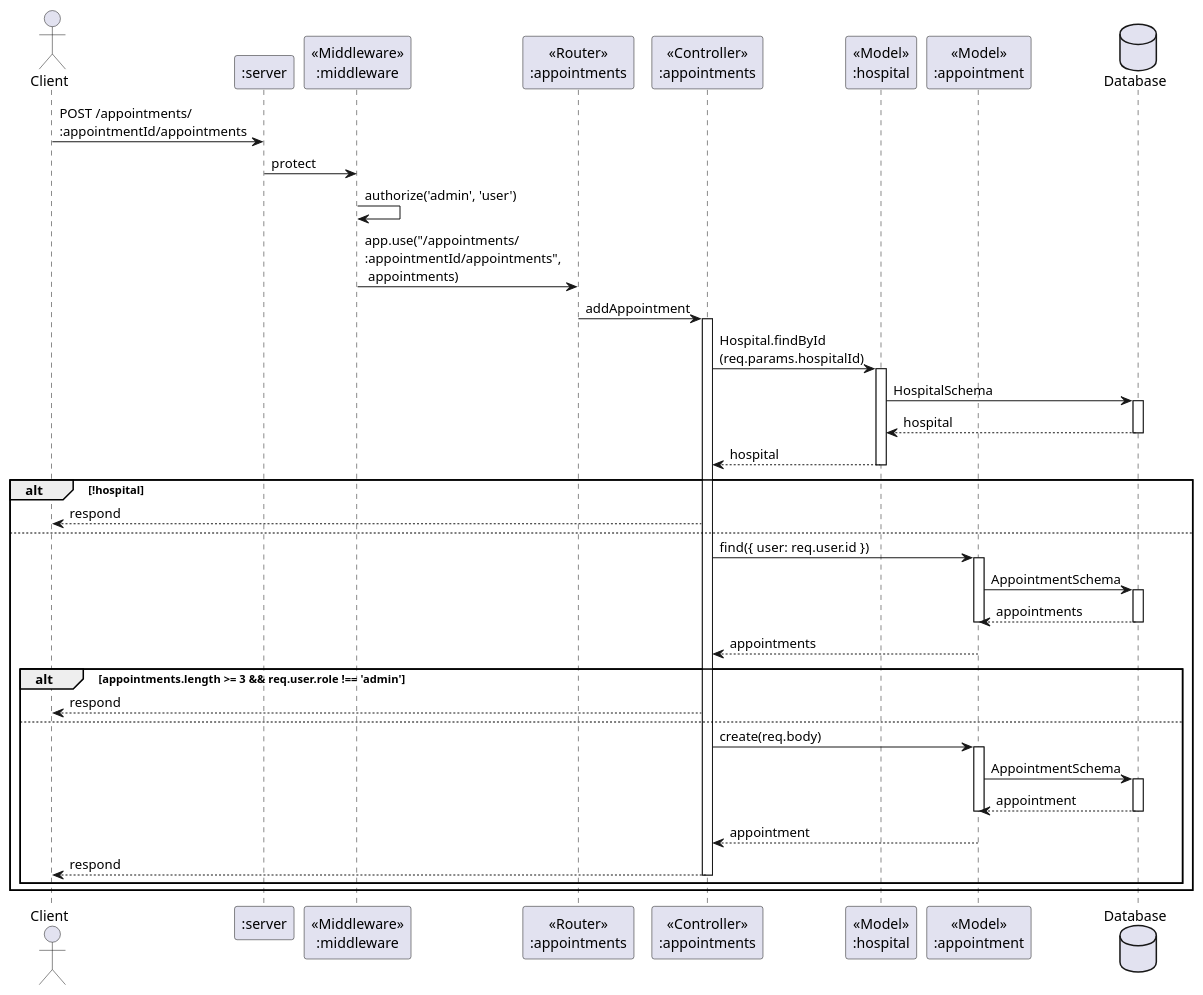
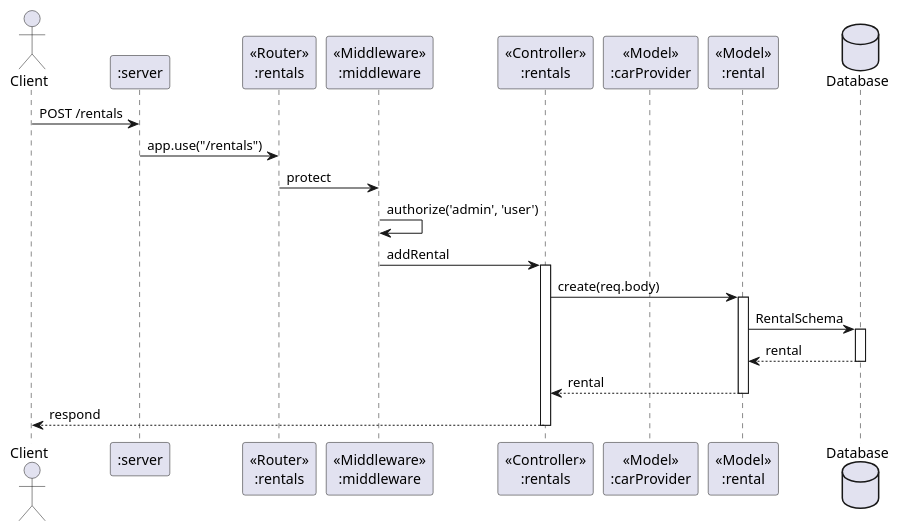
The diagram in docs/sequence_diagram/rentals/post.pu (cchaiyatad/RenC), drawn with PlantUML before and after one commit. The commit also changed 14 other files, not shown here.

```diff
--- a/docs/sequence_diagram/rentals/post.pu
+++ b/docs/sequence_diagram/rentals/post.pu
@@ -1,57 +1,31 @@
-@startuml POST /appointments/:appointmentId/appointments
+@startuml POST /rentals/:rentalId/rentals
 actor       Client       as client
 participant ":server" as server 
+participant "<<Router>>\n:rentals" as rentals_router 
 participant "<<Middleware>>\n:middleware" as middleware 
-participant "<<Router>>\n:appointments" as appointments_router 
-participant "<<Controller>>\n:appointments" as appointments_con
-participant "<<Model>>\n:hospital" as hospitals_model 
-participant "<<Model>>\n:appointment" as appointments_model 
+participant "<<Controller>>\n:rentals" as rentals_con
+participant "<<Model>>\n:carProvider" as carProviders_model 
+participant "<<Model>>\n:rental" as rentals_model 
 database Database as db
 
-client -> server : POST /appointments/\n:appointmentId/appointments
+client -> server : POST /rentals
+server -> rentals_router : app.use("/rentals")
+rentals_router -> middleware : protect
+middleware -> middleware : authorize('admin', 'user')
+middleware -> rentals_con : addRental
+activate rentals_con
+    
+    rentals_con -> rentals_model : create(req.body)
+    activate rentals_model
+    rentals_model -> db : RentalSchema
+        activate db
+        db --> rentals_model : rental
+        deactivate db
+    rentals_model --> rentals_con : rental
+    deactivate rentals_model
 
-server -> middleware : protect
-middleware -> middleware : authorize('admin', 'user')
-middleware -> appointments_router : app.use("/appointments/\n:appointmentId/appointments",\n appointments)
-appointments_router -> appointments_con : addAppointment
-activate appointments_con
-    
-    appointments_con -> hospitals_model : Hospital.findById\n(req.params.hospitalId)
-    activate hospitals_model
-    hospitals_model -> db : HospitalSchema
-        activate db
-        db --> hospitals_model : hospital
-        deactivate db
-    hospitals_model --> appointments_con : hospital
-    deactivate hospitals_model
+rentals_con --> client :respond
+deactivate rentals_con
 
-alt !hospital
-    appointments_con --> client :respond
-else 
-    appointments_con -> appointments_model : find({ user: req.user.id })
-    activate appointments_model
-    appointments_model -> db : AppointmentSchema
-        activate db
-        db --> appointments_model : appointments
-        deactivate db
-    deactivate appointments_model
-    appointments_model --> appointments_con : appointments
-
-    alt appointments.length >= 3 && req.user.role !== 'admin'
-        appointments_con --> client :respond
-    else
-            appointments_con -> appointments_model : create(req.body)
-            activate appointments_model
-            appointments_model -> db : AppointmentSchema
-                activate db
-                db --> appointments_model : appointment
-                deactivate db
-            deactivate appointments_model
-            appointments_model --> appointments_con : appointment
-
-        appointments_con --> client :respond
-        deactivate appointments_con
-    end
-end
 
 @enduml
```
